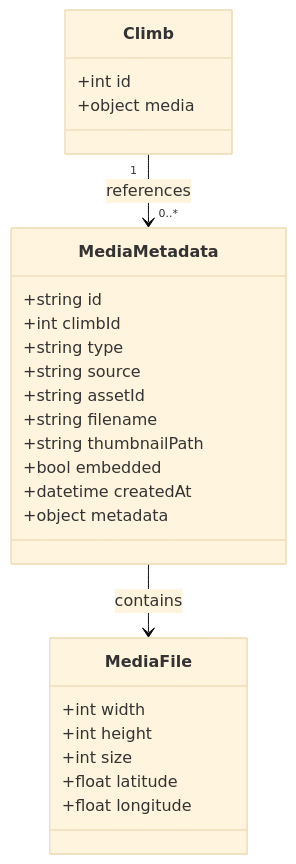
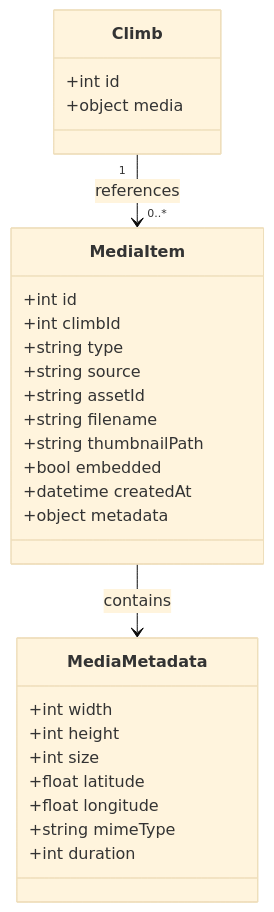
One commit to petrmac/crushlog-data-format-spec changed the second of 4 diagrams in README.md. Above: the diagram before and after it, drawn with Mermaid (base theme). The commit also changed other lines of this file and 9 other files, not shown here.

````diff
--- a/README.md
+++ b/README.md
@@ -358,31 +371,33 @@
 ```mermaid
 classDiagram
-    class MediaMetadata {
-        +string id
+    class MediaItem {
+        +int id
         +int climbId
         +string type
         +string source
         +string assetId
         +string filename
         +string thumbnailPath
         +bool embedded
         +datetime createdAt
         +object metadata
     }
     
-    class MediaFile {
+    class MediaMetadata {
         +int width
         +int height
         +int size
         +float latitude
         +float longitude
+        +string mimeType
+        +int duration
     }
     
     class Climb {
         +int id
         +object media
     }
     
-    MediaMetadata --> MediaFile : contains
-    Climb "1" --> "0..*" MediaMetadata : references
+    MediaItem --> MediaMetadata : contains
+    Climb "1" --> "0..*" MediaItem : references
 ```
````
